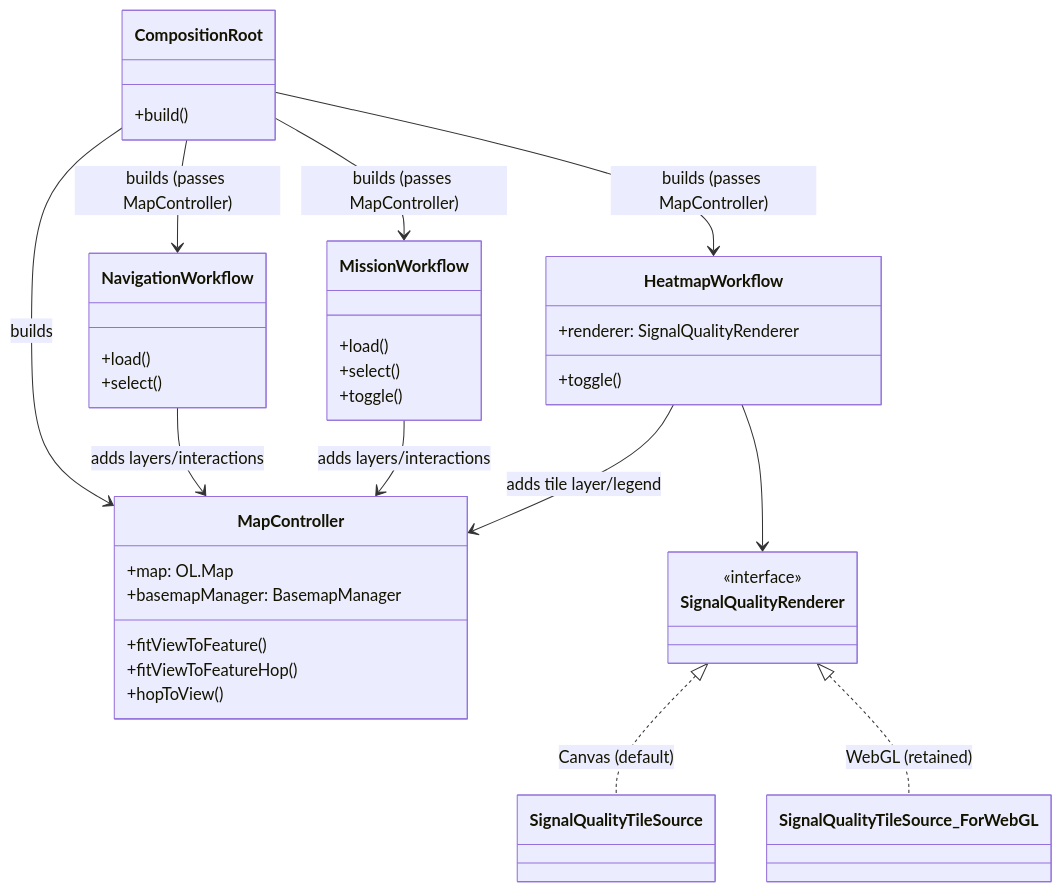
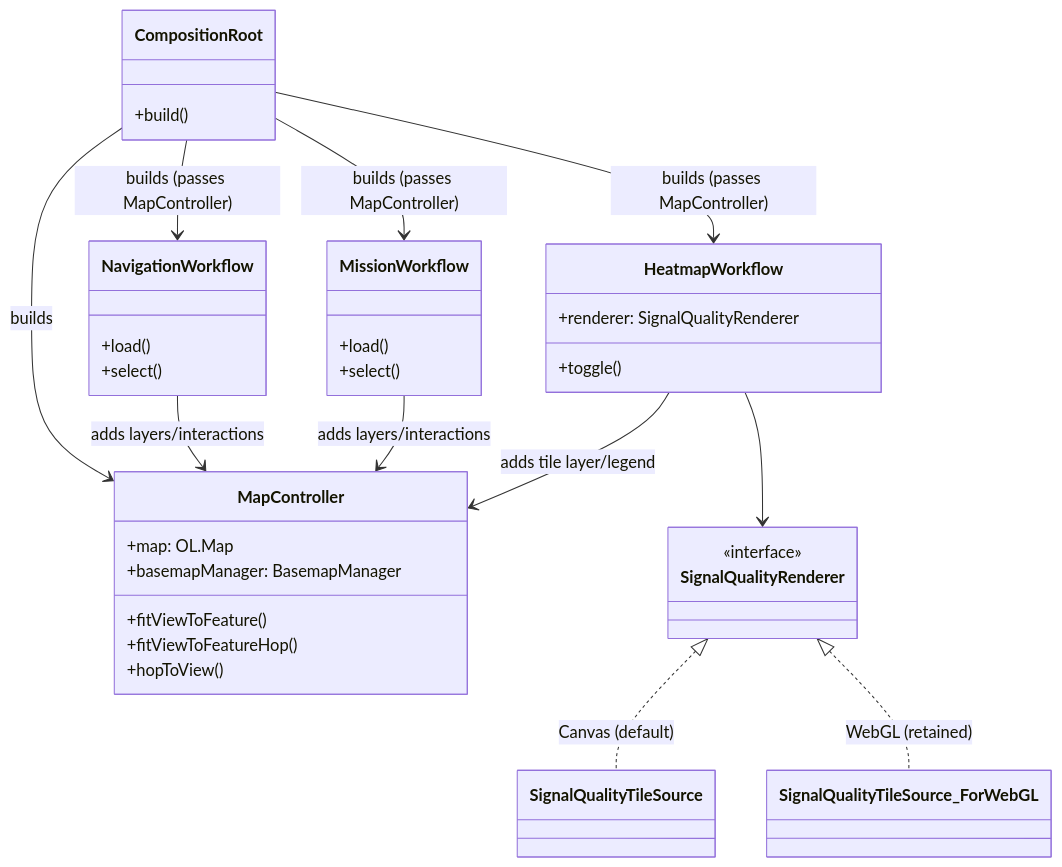
Before and after one commit to ademby/Telecom-Drone-Drive-Test-Platform: the fifth of 5 diagrams in docs/architecture-diagrams.md, drawn with Mermaid. The commit also changed 9 other files, not shown here.

````diff
--- a/docs/architecture-diagrams.md
+++ b/docs/architecture-diagrams.md
@@ -101,44 +101,43 @@
 ```mermaid
 classDiagram
     class CompositionRoot {
         +build()
     }
     class MapController {
         +map: OL.Map
         +basemapManager: BasemapManager
         +fitViewToFeature()
         +fitViewToFeatureHop()
         +hopToView()
     }
     class NavigationWorkflow {
         +load()
         +select()
     }
     class MissionWorkflow {
         +load()
         +select()
-        +toggle()
     }
     class HeatmapWorkflow {
         +toggle()
         +renderer: SignalQualityRenderer
     }
     class SignalQualityRenderer {
         <<interface>>
     }
     class SignalQualityTileSource
     class SignalQualityTileSource_ForWebGL
 
     CompositionRoot --> MapController : builds
     CompositionRoot --> NavigationWorkflow : builds (passes MapController)
     CompositionRoot --> MissionWorkflow : builds (passes MapController)
     CompositionRoot --> HeatmapWorkflow : builds (passes MapController)
 
     NavigationWorkflow --> MapController : adds layers/interactions
     MissionWorkflow --> MapController : adds layers/interactions
     HeatmapWorkflow --> MapController : adds tile layer/legend
 
     HeatmapWorkflow --> SignalQualityRenderer
     SignalQualityRenderer <|.. SignalQualityTileSource : Canvas (default)
     SignalQualityRenderer <|.. SignalQualityTileSource_ForWebGL : WebGL (retained)
 ```
````
